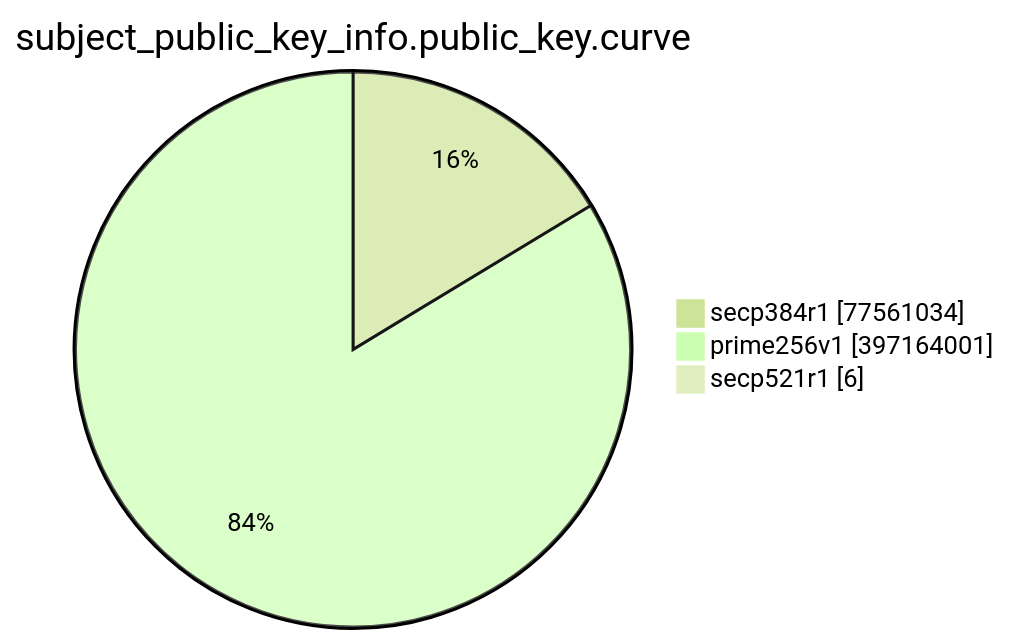
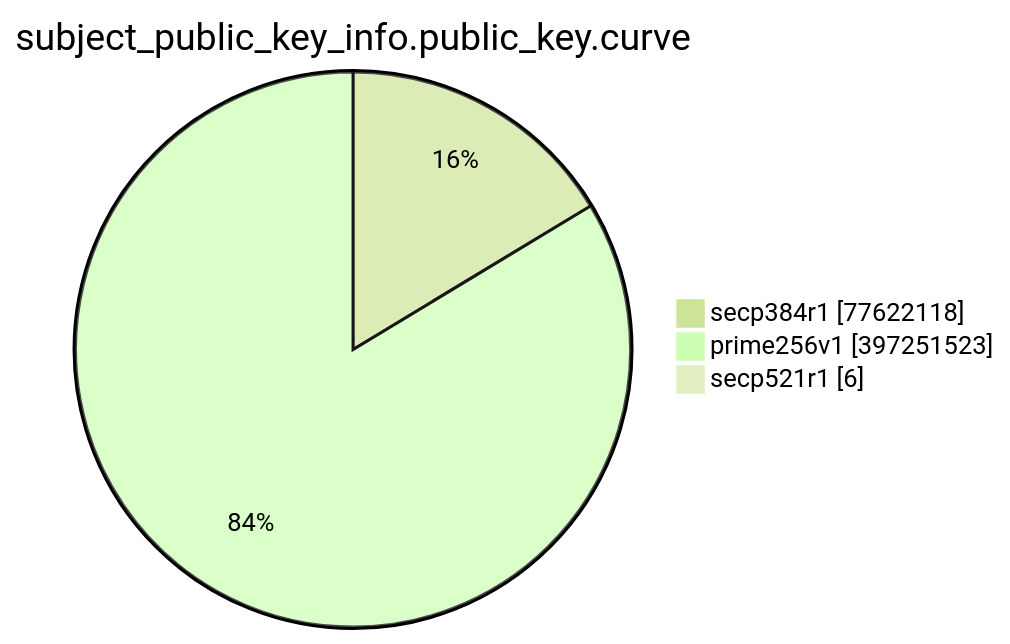
Before and after one commit to christiankrug/ctmonitor_visualization: the eighth of 15 diagrams in TOTAL/README.md, drawn with Mermaid (forest theme). The commit also changed other lines of this file, not shown here.

````diff
--- a/TOTAL/README.md
+++ b/TOTAL/README.md
@@ -3095,7 +3095,7 @@
 ```mermaid
 pie showData
 title subject_public_key_info.public_key.curve
-"secp384r1" :77561034
-"prime256v1" :397164001
+"secp384r1" :77622118
+"prime256v1" :397251523
 "secp521r1" :6
 ```
````
